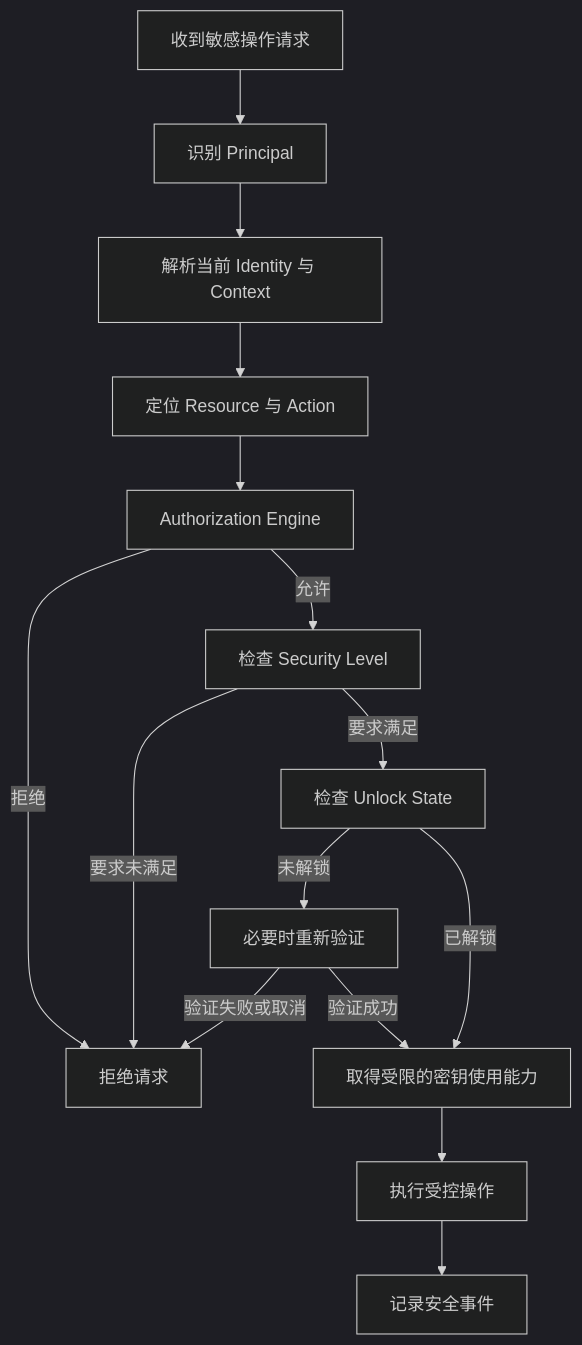
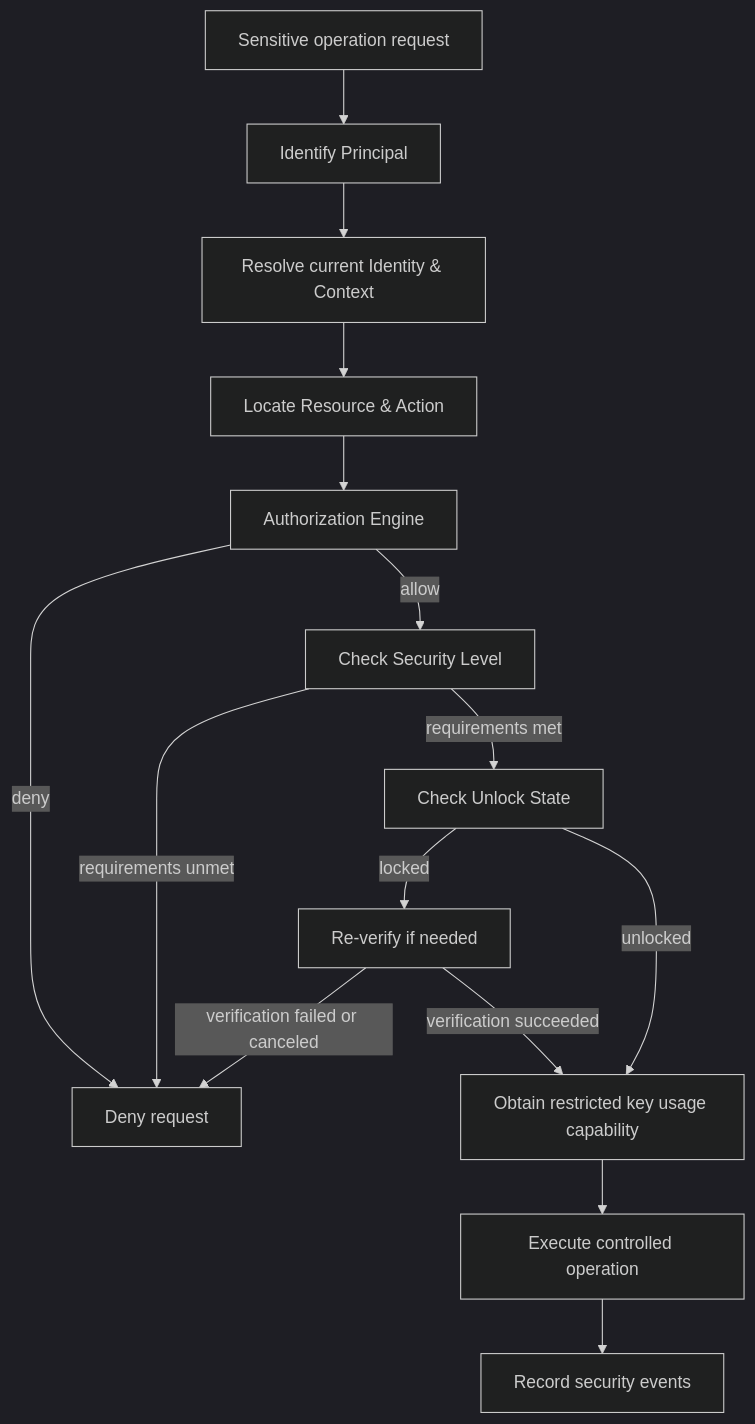
One commit to cuihairu/persona changed the second of 2 diagrams in docs/src/design/product.md. Above: the diagram before and after it, drawn with Mermaid (dark theme). The commit also changed other lines of this file and 84 other files, not shown here.

````diff
--- a/docs/src/design/product.md
+++ b/docs/src/design/product.md
@@ -272,35 +314,35 @@
 ```mermaid
 flowchart TD
-    Request["收到敏感操作请求"]
-    Principal["识别 Principal"]
-    Identity["解析当前 Identity 与 Context"]
-    Resource["定位 Resource 与 Action"]
+    Request["Sensitive operation request"]
+    Principal["Identify Principal"]
+    Identity["Resolve current Identity & Context"]
+    Resource["Locate Resource & Action"]
     Authz["Authorization Engine"]
-    Level["检查 Security Level"]
-    Unlock["检查 Unlock State"]
-    Verify["必要时重新验证"]
-    Key["取得受限的密钥使用能力"]
-    Execute["执行受控操作"]
-    Audit["记录安全事件"]
-    Deny["拒绝请求"]
+    Level["Check Security Level"]
+    Unlock["Check Unlock State"]
+    Verify["Re-verify if needed"]
+    Key["Obtain restricted key usage capability"]
+    Execute["Execute controlled operation"]
+    Audit["Record security events"]
+    Deny["Deny request"]
 
     Request --> Principal
     Principal --> Identity
     Identity --> Resource
     Resource --> Authz
 
-    Authz -->|拒绝| Deny
-    Authz -->|允许| Level
+    Authz -->|deny| Deny
+    Authz -->|allow| Level
 
-    Level -->|要求未满足| Deny
-    Level -->|要求满足| Unlock
+    Level -->|requirements unmet| Deny
+    Level -->|requirements met| Unlock
 
-    Unlock -->|未解锁| Verify
-    Unlock -->|已解锁| Key
+    Unlock -->|locked| Verify
+    Unlock -->|unlocked| Key
 
-    Verify -->|验证失败或取消| Deny
-    Verify -->|验证成功| Key
+    Verify -->|verification failed or canceled| Deny
+    Verify -->|verification succeeded| Key
 
     Key --> Execute
     Execute --> Audit
 ```
````
